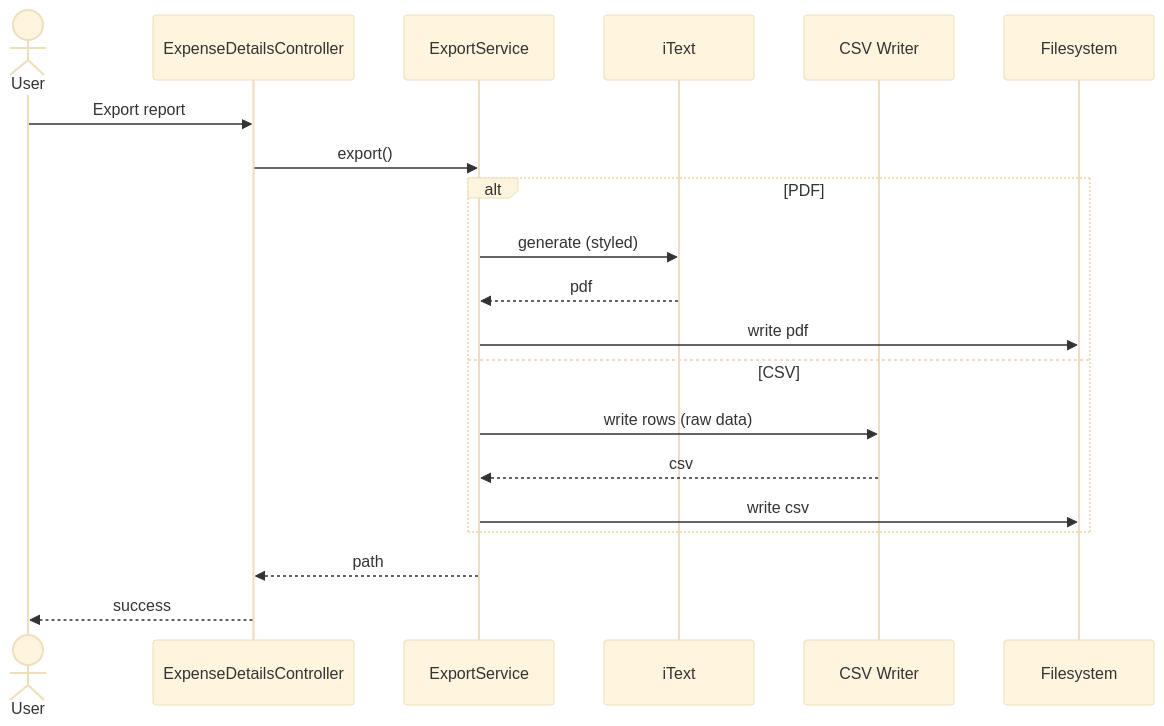
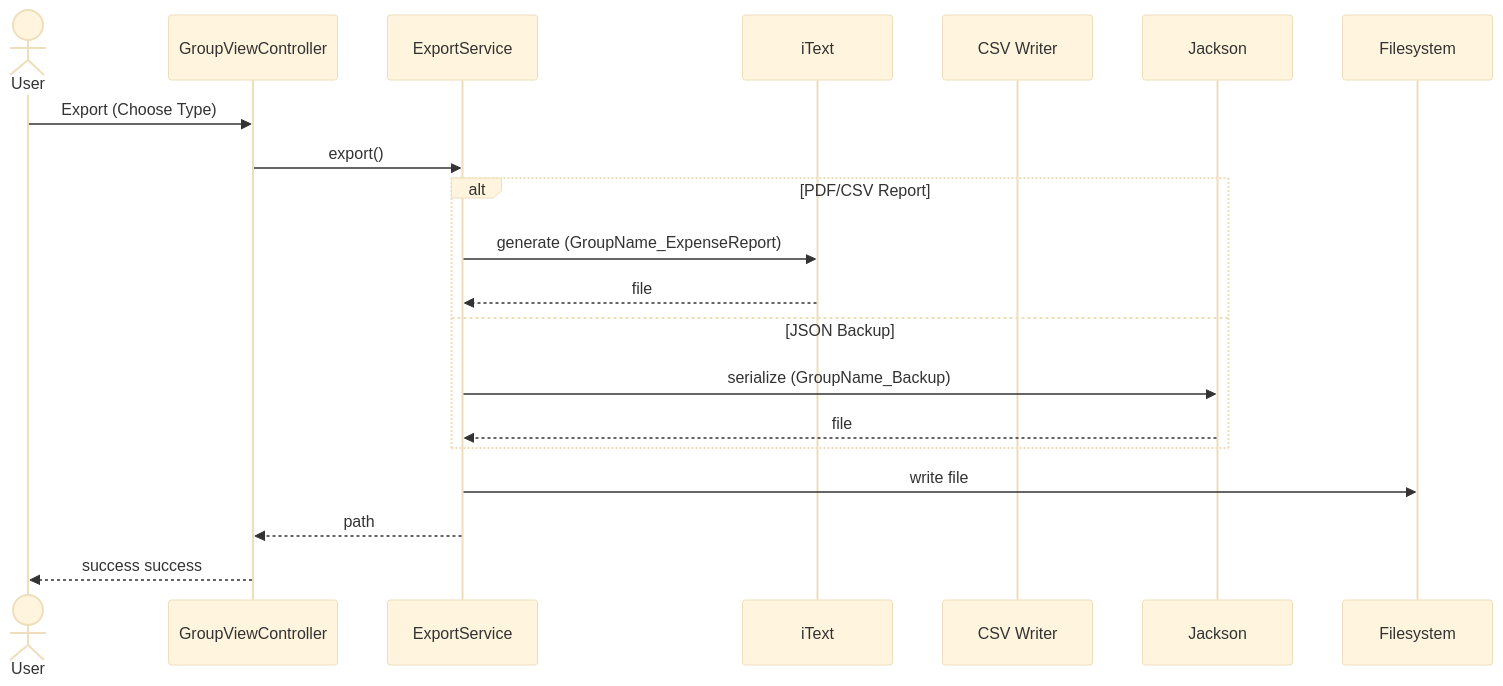
Before and after one commit to malcolm-cephas/Expense_Splitter: the fifth of 5 diagrams in README.md, drawn with Mermaid (base theme). The commit also changed other lines of this file and 18 other files, not shown here.

````diff
--- a/README.md
+++ b/README.md
@@ -300,25 +322,25 @@
 ```mermaid
 sequenceDiagram
 actor User
-participant UI as ExpenseDetailsController
+participant UI as GroupViewController
 participant Service as ExportService
 participant PDF as iText
 participant CSV as CSV Writer
+participant JSON as Jackson
 participant FS as Filesystem
 
-User ->> UI: Export report
+User ->> UI: Export (Choose Type)
 UI ->> Service: export()
 
-alt PDF
-Service ->> PDF: generate (styled)
-PDF -->> Service: pdf
-Service ->> FS: write pdf
-else CSV
-Service ->> CSV: write rows (raw data)
-CSV -->> Service: csv
-Service ->> FS: write csv
+alt PDF/CSV Report
+Service ->> PDF: generate (GroupName_ExpenseReport)
+PDF -->> Service: file
+else JSON Backup
+Service ->> JSON: serialize (GroupName_Backup)
+JSON -->> Service: file
 end
 
+Service ->> FS: write file
 Service -->> UI: path
-UI -->> User: success
+UI -->> User: success success
 ```
````
